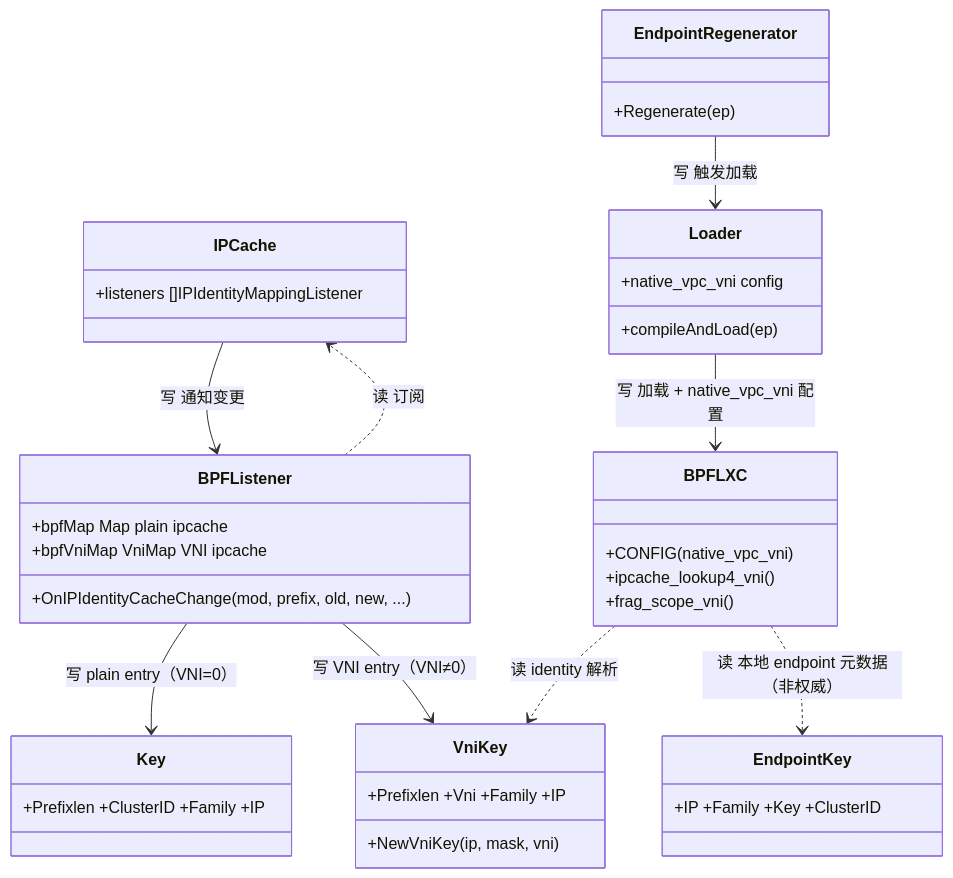
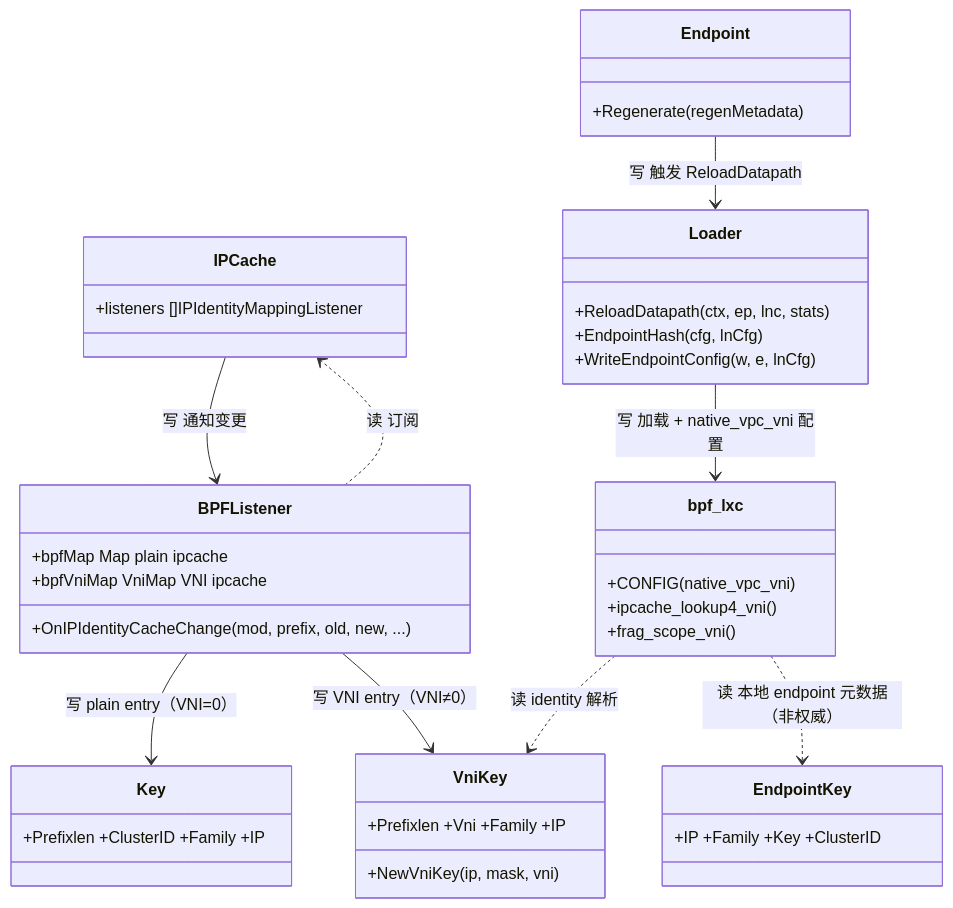
Before and after one commit to zbb88888/cilium-map-road: the first of 2 diagrams in docs/planes/03-datapath-plane.md, drawn with Mermaid. The commit also changed other lines of this file and 11 other files, not shown here.

````diff
--- a/docs/planes/03-datapath-plane.md
+++ b/docs/planes/03-datapath-plane.md
@@ -23,42 +23,43 @@
 ```mermaid
 classDiagram
     class IPCache {
         +listeners []IPIdentityMappingListener
     }
     class BPFListener {
         +bpfMap Map   plain ipcache
         +bpfVniMap VniMap   VNI ipcache
         +OnIPIdentityCacheChange(mod, prefix, old, new, ...)
     }
     class VniKey {
         +Prefixlen +Vni +Family +IP
         +NewVniKey(ip, mask, vni)
     }
     class Key {
         +Prefixlen +ClusterID +Family +IP
     }
     class EndpointKey {
         +IP +Family +Key +ClusterID
     }
     class Loader {
-        +compileAndLoad(ep)
-        +native_vpc_vni config
+        +ReloadDatapath(ctx, ep, lnc, stats)
+        +EndpointHash(cfg, lnCfg)
+        +WriteEndpointConfig(w, e, lnCfg)
     }
-    class EndpointRegenerator {
-        +Regenerate(ep)
+    class Endpoint {
+        +Regenerate(regenMetadata)
     }
-    class BPFLXC {
+    class bpf_lxc {
         +CONFIG(native_vpc_vni)
         +ipcache_lookup4_vni()
         +frag_scope_vni()
     }
 
     IPCache --> BPFListener : 写 通知变更
     BPFListener ..> IPCache : 读 订阅
     BPFListener --> Key : 写 plain entry（VNI=0）
     BPFListener --> VniKey : 写 VNI entry（VNI≠0）
-    EndpointRegenerator --> Loader : 写 触发加载
-    Loader --> BPFLXC : 写 加载 + native_vpc_vni 配置
-    BPFLXC ..> VniKey : 读 identity 解析
-    BPFLXC ..> EndpointKey : 读 本地 endpoint 元数据（非权威）
+    Endpoint --> Loader : 写 触发 ReloadDatapath
+    Loader --> bpf_lxc : 写 加载 + native_vpc_vni 配置
+    bpf_lxc ..> VniKey : 读 identity 解析
+    bpf_lxc ..> EndpointKey : 读 本地 endpoint 元数据（非权威）
 ```
````
